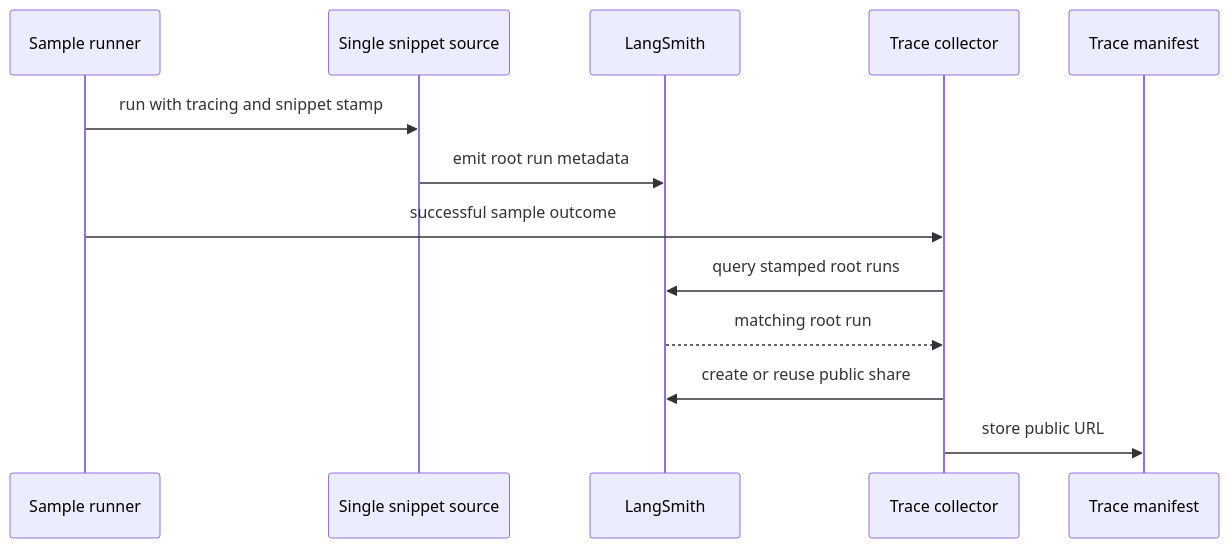
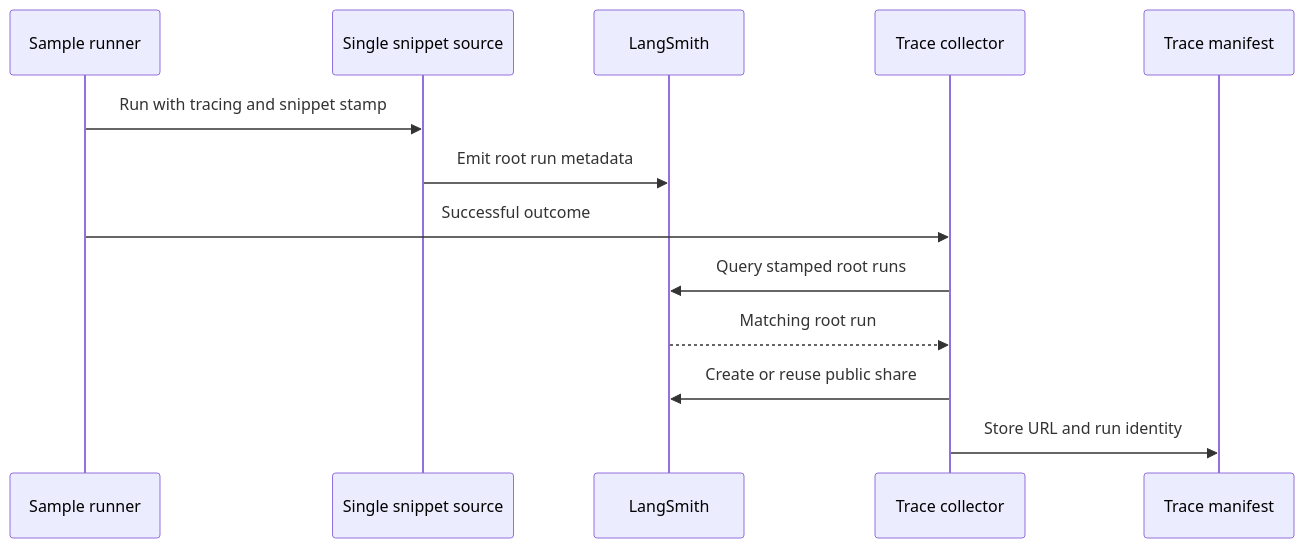
One commit to langchain-ai/docs changed the second of 2 diagrams in openwiki/workflows/code-sample-lifecycle.md. Above: the diagram before and after it, drawn with Mermaid. The commit also changed other lines of this file and 42 other files, not shown here.

````diff
--- a/openwiki/workflows/code-sample-lifecycle.md
+++ b/openwiki/workflows/code-sample-lifecycle.md
@@ -130,15 +113,15 @@
 ```mermaid
 sequenceDiagram
   participant Runner as Sample runner
   participant Source as Single snippet source
-  participant Service as LangSmith
+  participant LangSmith as LangSmith
   participant Collector as Trace collector
   participant Manifest as Trace manifest
-  Runner->>Source: run with tracing and snippet stamp
-  Source->>Service: emit root run metadata
-  Runner->>Collector: successful sample outcome
-  Collector->>Service: query stamped root runs
-  Service-->>Collector: matching root run
-  Collector->>Service: create or reuse public share
-  Collector->>Manifest: store public URL
+  Runner->>Source: Run with tracing and snippet stamp
+  Source->>LangSmith: Emit root run metadata
+  Runner->>Collector: Successful outcome
+  Collector->>LangSmith: Query stamped root runs
+  LangSmith-->>Collector: Matching root run
+  Collector->>LangSmith: Create or reuse public share
+  Collector->>Manifest: Store URL and run identity
 ```
````
